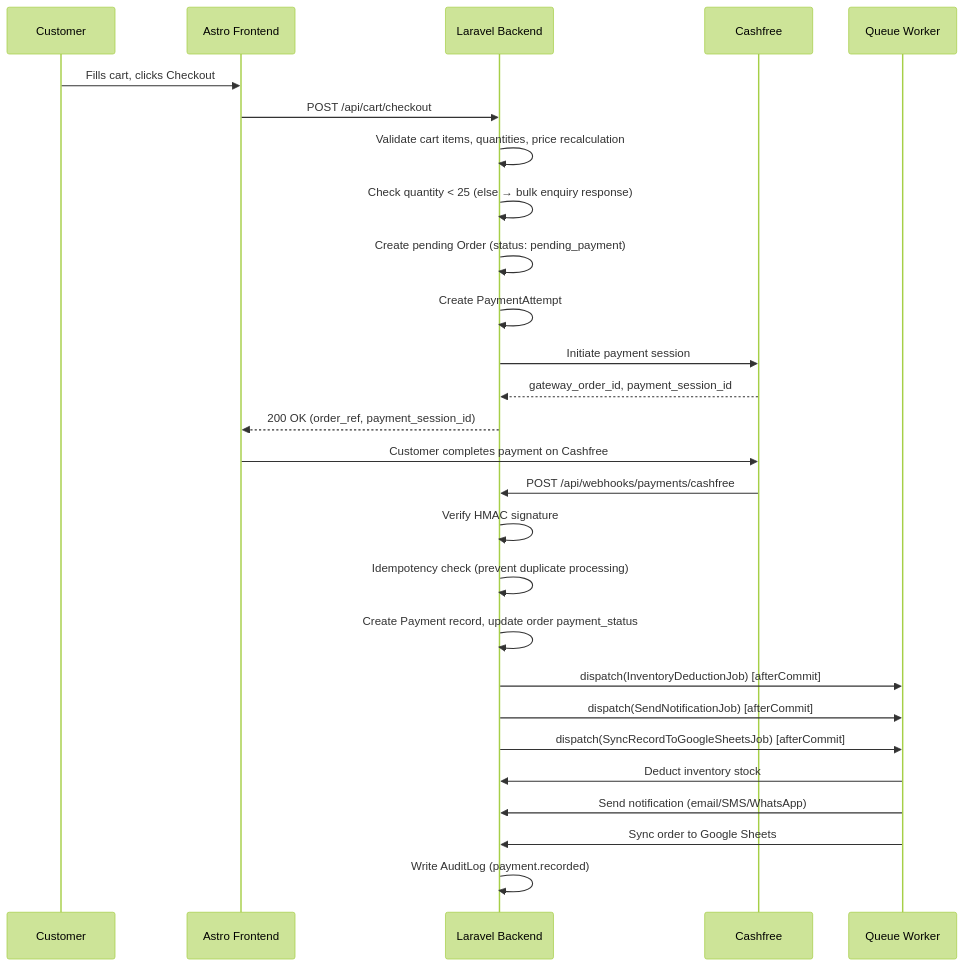
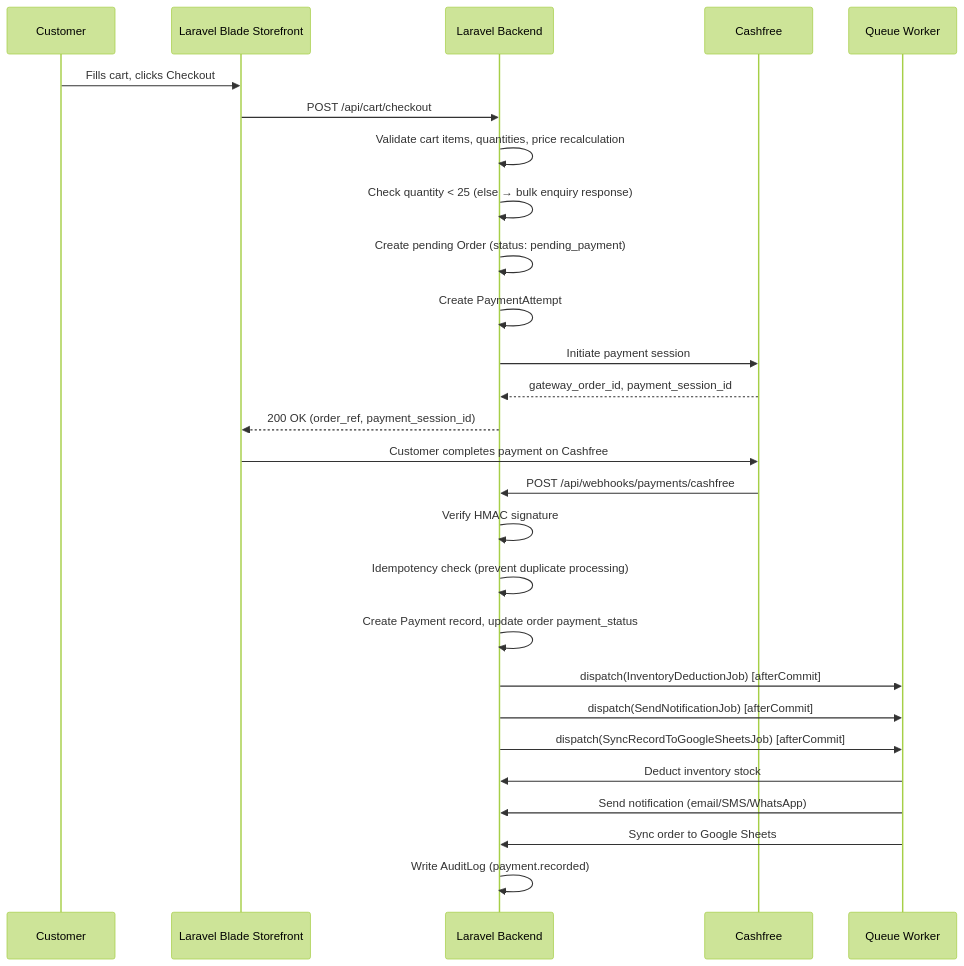
One commit to Saurav372/Okina-Business-System changed the third of 8 diagrams in docs/08_Business_Workflows.md. Above: the diagram before and after it, drawn with Mermaid (forest theme). The commit also changed other lines of this file and 26 other files, not shown here.

````diff
--- a/docs/08_Business_Workflows.md
+++ b/docs/08_Business_Workflows.md
@@ -38,30 +38,30 @@
 ```mermaid
 sequenceDiagram
     participant CU as Customer
-    participant FE as Astro Frontend
+    participant FE as Laravel Blade Storefront
     participant BE as Laravel Backend
     participant CF as Cashfree
     participant QW as Queue Worker
 
     CU->>FE: Fills cart, clicks Checkout
     FE->>BE: POST /api/cart/checkout
     BE->>BE: Validate cart items, quantities, price recalculation
     BE->>BE: Check quantity < 25 (else → bulk enquiry response)
     BE->>BE: Create pending Order (status: pending_payment)
     BE->>BE: Create PaymentAttempt
     BE->>CF: Initiate payment session
     CF-->>BE: gateway_order_id, payment_session_id
     BE-->>FE: 200 OK (order_ref, payment_session_id)
     FE->>CF: Customer completes payment on Cashfree
     CF->>BE: POST /api/webhooks/payments/cashfree
     BE->>BE: Verify HMAC signature
     BE->>BE: Idempotency check (prevent duplicate processing)
     BE->>BE: Create Payment record, update order payment_status
     BE->>QW: dispatch(InventoryDeductionJob) [afterCommit]
     BE->>QW: dispatch(SendNotificationJob) [afterCommit]
     BE->>QW: dispatch(SyncRecordToGoogleSheetsJob) [afterCommit]
     QW->>BE: Deduct inventory stock
     QW->>BE: Send notification (email/SMS/WhatsApp)
     QW->>BE: Sync order to Google Sheets
     BE->>BE: Write AuditLog (payment.recorded)
 ```
````
